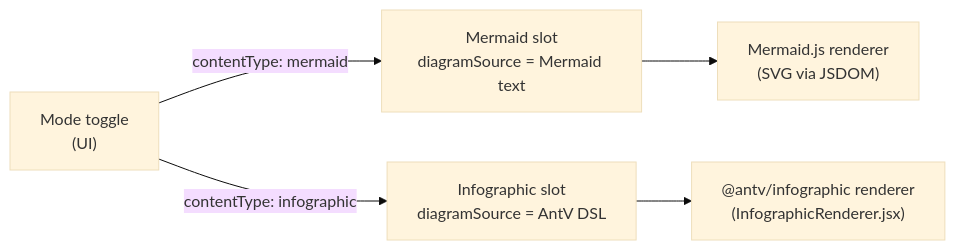
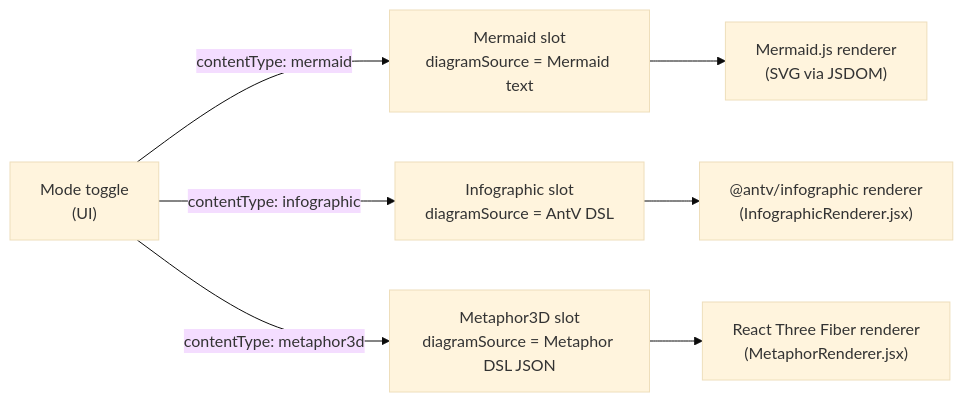
One commit to acuhlmann/mermaid-gen changed the diagram in docs/guide/content-types.md. Above: the diagram before and after it, drawn with Mermaid (base theme). The commit also changed other lines of this file and 13 other files, not shown here.

````diff
--- a/docs/guide/content-types.md
+++ b/docs/guide/content-types.md
@@ -3,7 +3,9 @@
 ```mermaid
 flowchart LR
   Toggle["Mode toggle\n(UI)"] -->|"contentType: mermaid"| MS["Mermaid slot\ndiagramSource = Mermaid text"]
   Toggle -->|"contentType: infographic"| IS["Infographic slot\ndiagramSource = AntV DSL"]
+  Toggle -->|"contentType: metaphor3d"| ME["Metaphor3D slot\ndiagramSource = Metaphor DSL JSON"]
   MS --> MR["Mermaid.js renderer\n(SVG via JSDOM)"]
   IS --> IR["@antv/infographic renderer\n(InfographicRenderer.jsx)"]
+  ME --> R3F["React Three Fiber renderer\n(MetaphorRenderer.jsx)"]
 ```
````
